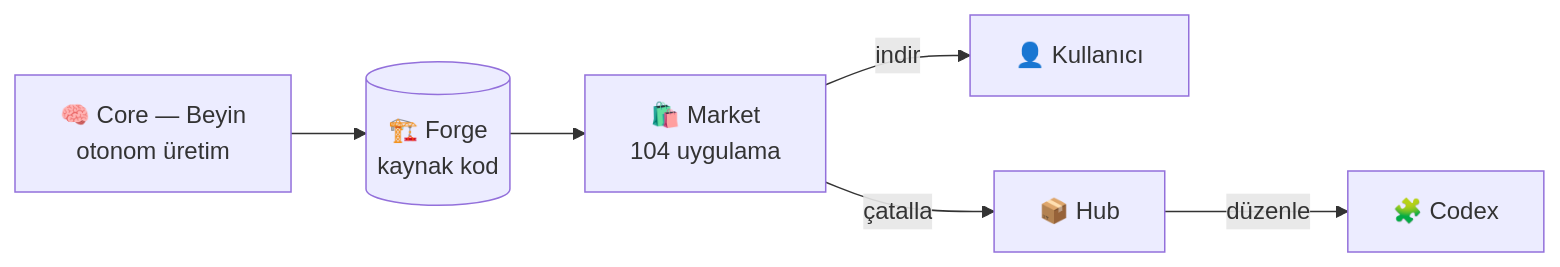
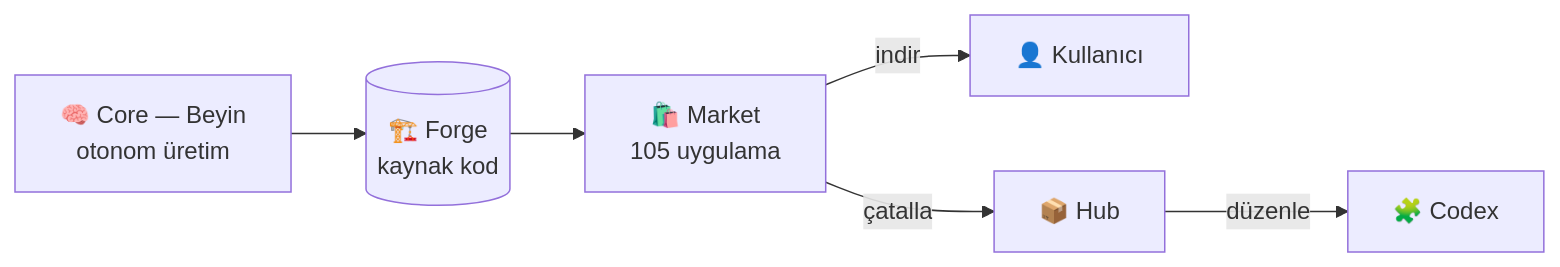
Before and after one commit to numexai/numex-market: the diagram in README.md, drawn with Mermaid. The commit also changed other lines of this file and 26 other files, not shown here.

````diff
--- a/README.md
+++ b/README.md
@@ -85,8 +85,8 @@
 ```mermaid
 flowchart LR
   CORE[🧠 Core — Beyin<br/>otonom üretim] --> FORGE[(🏗️ Forge<br/>kaynak kod)]
-  FORGE --> MARKET[🛍️ Market<br/>104 uygulama]
+  FORGE --> MARKET[🛍️ Market<br/>105 uygulama]
   MARKET -->|indir| USER[👤 Kullanıcı]
   MARKET -->|çatalla| HUB[📦 Hub]
   HUB -->|düzenle| CODEX[🧩 Codex]
 ```
````
